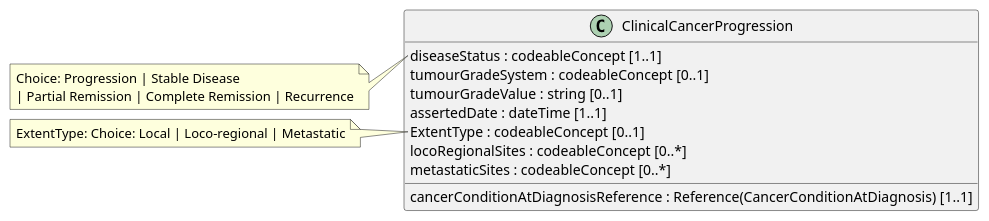
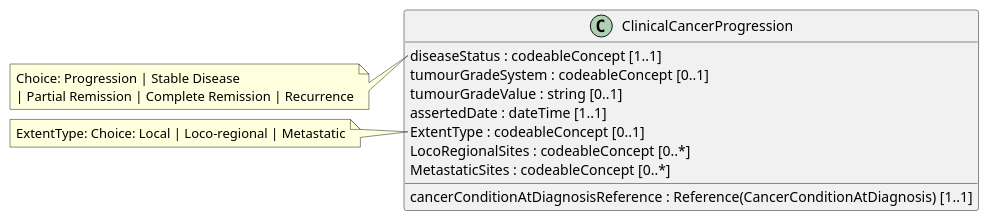
The diagram in input/images-source/ClinicalCancerProgression_LM.plantuml (hl7-eu/cancer-common), drawn with PlantUML before and after one commit. The commit also changed 21 other files, not shown here.

```diff
--- a/input/images-source/ClinicalCancerProgression_LM.plantuml
+++ b/input/images-source/ClinicalCancerProgression_LM.plantuml
@@ -1,23 +1,23 @@
 @startuml
 hide empty members
 skinparam classAttributeIconSize 0
 
 class ClinicalCancerProgression {
   cancerConditionAtDiagnosisReference : Reference(CancerConditionAtDiagnosis) [1..1]
   diseaseStatus : codeableConcept [1..1]
   tumourGradeSystem : codeableConcept [0..1]
   tumourGradeValue : string [0..1]
   assertedDate : dateTime [1..1]
   ExtentType : codeableConcept [0..1]
-  locoRegionalSites : codeableConcept [0..*]
-  metastaticSites : codeableConcept [0..*]
+  LocoRegionalSites : codeableConcept [0..*]
+  MetastaticSites : codeableConcept [0..*]
 }
 
 note left of ClinicalCancerProgression::diseaseStatus
 Choice: Progression | Stable Disease 
 | Partial Remission | Complete Remission | Recurrence
 end note 
 note left of ClinicalCancerProgression::ExtentType
 ExtentType: Choice: Local | Loco-regional | Metastatic
 end note
 @enduml
```
